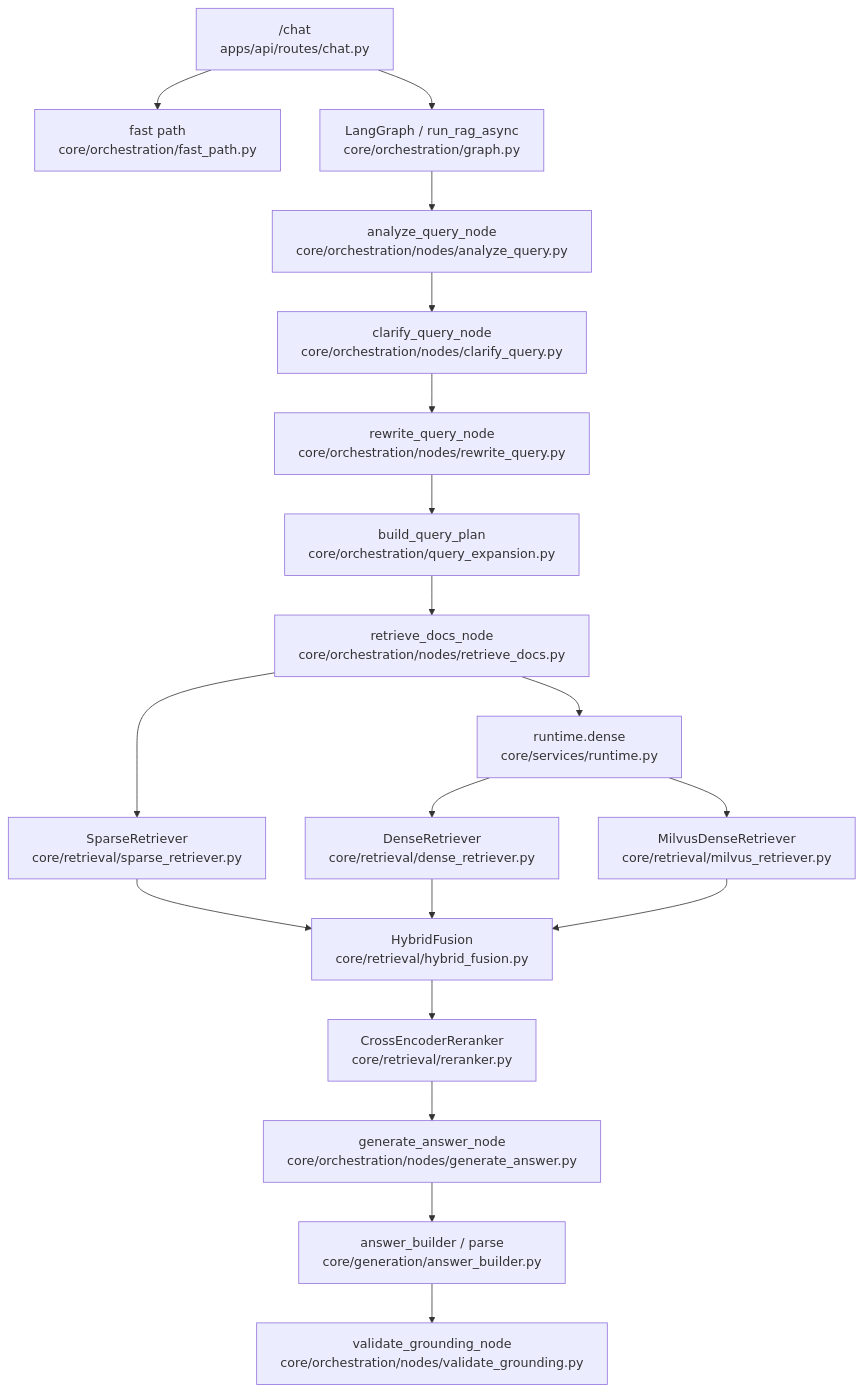
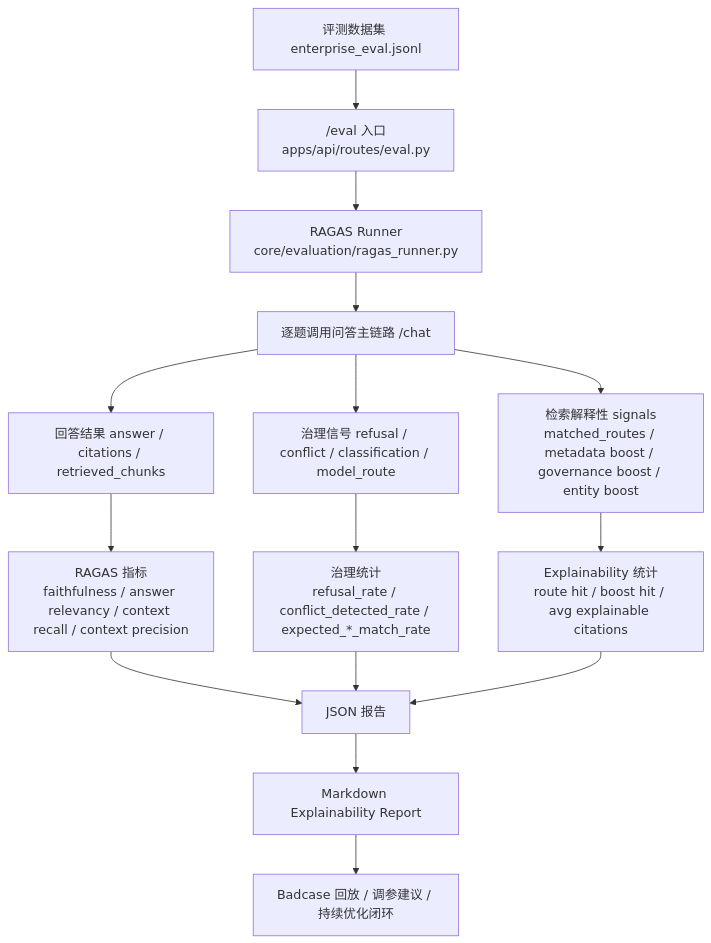
One commit to zhangzhijin1018/enterprise-rag-platform-v1 changed the sixth of 7 diagrams in 项目架构文档.md. Above: the diagram before and after it, drawn with Mermaid. The commit also changed other lines of this file and 163 other files, not shown here.

````diff
--- a/项目架构文档.md
+++ b/项目架构文档.md
@@ -257,21 +916,17 @@
 ```mermaid
 flowchart TD
-    A["/chat<br/>apps/api/routes/chat.py"] --> B["fast path<br/>core/orchestration/fast_path.py"]
-    A --> C["LangGraph / run_rag_async<br/>core/orchestration/graph.py"]
-    C --> D["analyze_query_node<br/>core/orchestration/nodes/analyze_query.py"]
-    D --> E["clarify_query_node<br/>core/orchestration/nodes/clarify_query.py"]
-    E --> F["rewrite_query_node<br/>core/orchestration/nodes/rewrite_query.py"]
-    F --> G["build_query_plan<br/>core/orchestration/query_expansion.py"]
-    G --> H["retrieve_docs_node<br/>core/orchestration/nodes/retrieve_docs.py"]
-    H --> I["SparseRetriever<br/>core/retrieval/sparse_retriever.py"]
-    H --> J["runtime.dense<br/>core/services/runtime.py"]
-    J --> K["DenseRetriever<br/>core/retrieval/dense_retriever.py"]
-    J --> L["MilvusDenseRetriever<br/>core/retrieval/milvus_retriever.py"]
-    I --> M["HybridFusion<br/>core/retrieval/hybrid_fusion.py"]
-    K --> M
-    L --> M
-    M --> N["CrossEncoderReranker<br/>core/retrieval/reranker.py"]
-    N --> O["generate_answer_node<br/>core/orchestration/nodes/generate_answer.py"]
-    O --> P["answer_builder / parse<br/>core/generation/answer_builder.py"]
-    P --> Q["validate_grounding_node<br/>core/orchestration/nodes/validate_grounding.py"]
+    A["评测数据集 enterprise_eval.jsonl"] --> B["/eval 入口<br/>apps/api/routes/eval.py"]
+    B --> C["RAGAS Runner<br/>core/evaluation/ragas_runner.py"]
+    C --> D["逐题调用问答主链路 /chat"]
+    D --> E["回答结果 answer / citations / retrieved_chunks"]
+    D --> F["治理信号 refusal / conflict / classification / model_route"]
+    D --> G["检索解释性 signals<br/>matched_routes / metadata boost / governance boost / entity boost"]
+    E --> H["RAGAS 指标<br/>faithfulness / answer relevancy / context recall / context precision"]
+    F --> I["治理统计<br/>refusal_rate / conflict_detected_rate / expected_*_match_rate"]
+    G --> J["Explainability 统计<br/>route hit / boost hit / avg explainable citations"]
+    H --> K["JSON 报告"]
+    I --> K
+    J --> K
+    K --> L["Markdown Explainability Report"]
+    L --> M["Badcase 回放 / 调参建议 / 持续优化闭环"]
 ```
````
